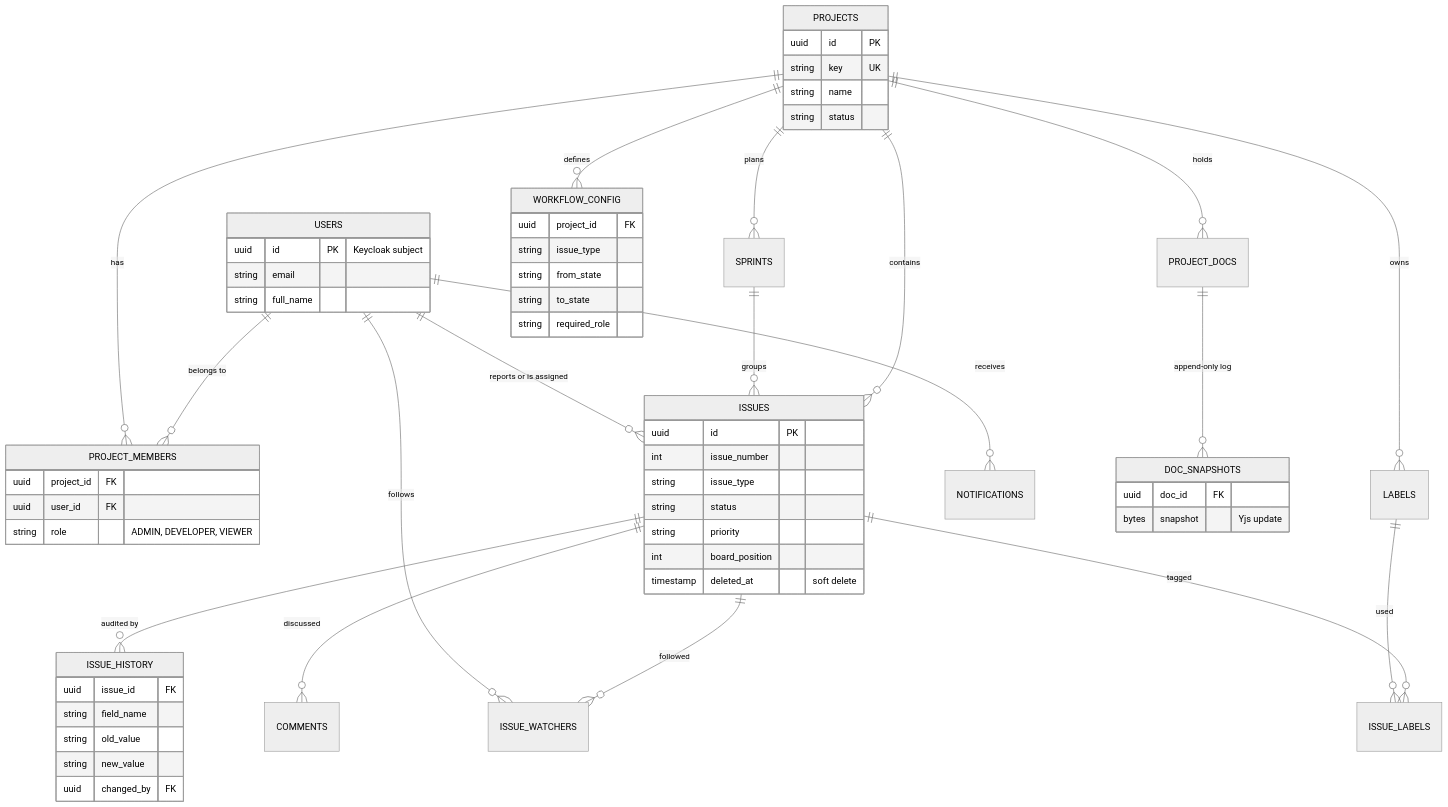
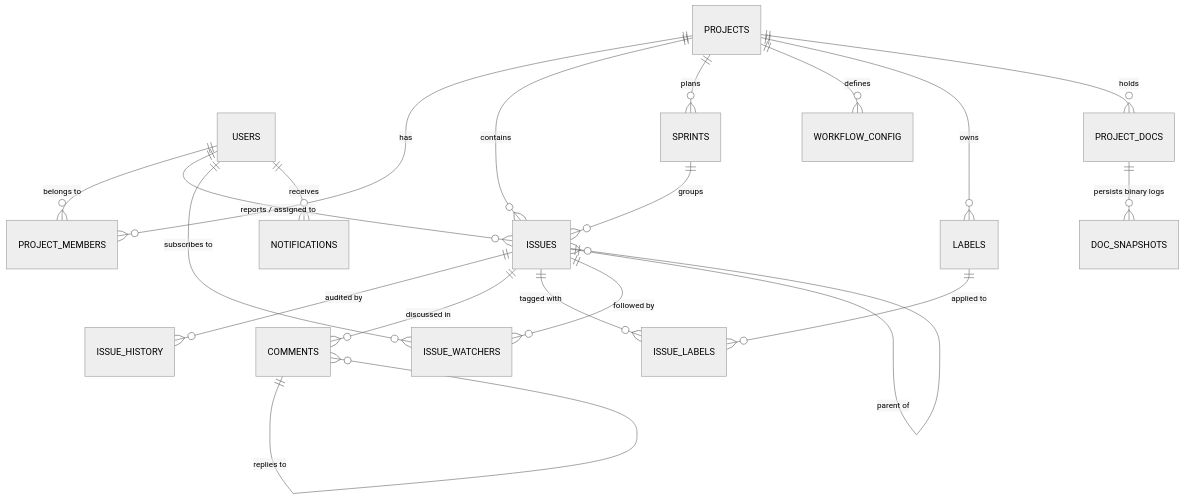
The second of 2 diagrams in README.md (im-rk/Agilify-Backend), drawn with Mermaid (neutral theme) before and after one commit. The commit also changed other lines of this file and 11 other files, not shown here.

Commit message:
docs: update comprehensive DBMS README and architecture assets [skip ci]

````diff
--- a/README.md
+++ b/README.md
@@ -335,64 +131,22 @@
 ```mermaid
 erDiagram
     USERS ||--o{ PROJECT_MEMBERS : "belongs to"
-    PROJECTS ||--o{ PROJECT_MEMBERS : has
-    PROJECTS ||--o{ ISSUES : contains
-    PROJECTS ||--o{ SPRINTS : plans
-    PROJECTS ||--o{ WORKFLOW_CONFIG : defines
-    PROJECTS ||--o{ LABELS : owns
-    PROJECTS ||--o{ PROJECT_DOCS : holds
+    PROJECTS ||--o{ PROJECT_MEMBERS : "has"
+    PROJECTS ||--o{ ISSUES : "contains"
+    PROJECTS ||--o{ SPRINTS : "plans"
+    PROJECTS ||--o{ WORKFLOW_CONFIG : "defines"
+    PROJECTS ||--o{ LABELS : "owns"
+    PROJECTS ||--o{ PROJECT_DOCS : "holds"
     SPRINTS ||--o{ ISSUES : "groups"
-    USERS ||--o{ ISSUES : "reports or is assigned"
+    USERS ||--o{ ISSUES : "reports / assigned to"
     ISSUES ||--o{ ISSUE_HISTORY : "audited by"
-    ISSUES ||--o{ COMMENTS : discussed
-    ISSUES ||--o{ ISSUE_LABELS : tagged
-    LABELS ||--o{ ISSUE_LABELS : used
-    ISSUES ||--o{ ISSUE_WATCHERS : followed
-    USERS ||--o{ ISSUE_WATCHERS : follows
-    USERS ||--o{ NOTIFICATIONS : receives
-    PROJECT_DOCS ||--o{ DOC_SNAPSHOTS : "append-only log"
-
-    USERS {
-        uuid id PK "Keycloak subject"
-        string email
-        string full_name
-    }
-    PROJECTS {
-        uuid id PK
-        string key UK
-        string name
-        string status
-    }
-    PROJECT_MEMBERS {
-        uuid project_id FK
-        uuid user_id FK
-        string role "ADMIN, DEVELOPER, VIEWER"
-    }
-    ISSUES {
-        uuid id PK
-        int issue_number
-        string issue_type
-        string status
-        string priority
-        int board_position
-        timestamp deleted_at "soft delete"
-    }
-    WORKFLOW_CONFIG {
-        uuid project_id FK
-        string issue_type
-        string from_state
-        string to_state
-        string required_role
-    }
-    ISSUE_HISTORY {
-        uuid issue_id FK
-        string field_name
-        string old_value
-        string new_value
-        uuid changed_by FK
-    }
-    DOC_SNAPSHOTS {
-        uuid doc_id FK
-        bytes snapshot "Yjs update"
-    }
+    ISSUES ||--o{ COMMENTS : "discussed in"
+    COMMENTS ||--o{ COMMENTS : "replies to"
+    ISSUES ||--o{ ISSUE_LABELS : "tagged with"
+    LABELS ||--o{ ISSUE_LABELS : "applied to"
+    ISSUES ||--o{ ISSUE_WATCHERS : "followed by"
+    USERS ||--o{ ISSUE_WATCHERS : "subscribes to"
+    USERS ||--o{ NOTIFICATIONS : "receives"
+    PROJECT_DOCS ||--o{ DOC_SNAPSHOTS : "persists binary logs"
+    ISSUES ||--o{ ISSUES : "parent of"
 ```
````
